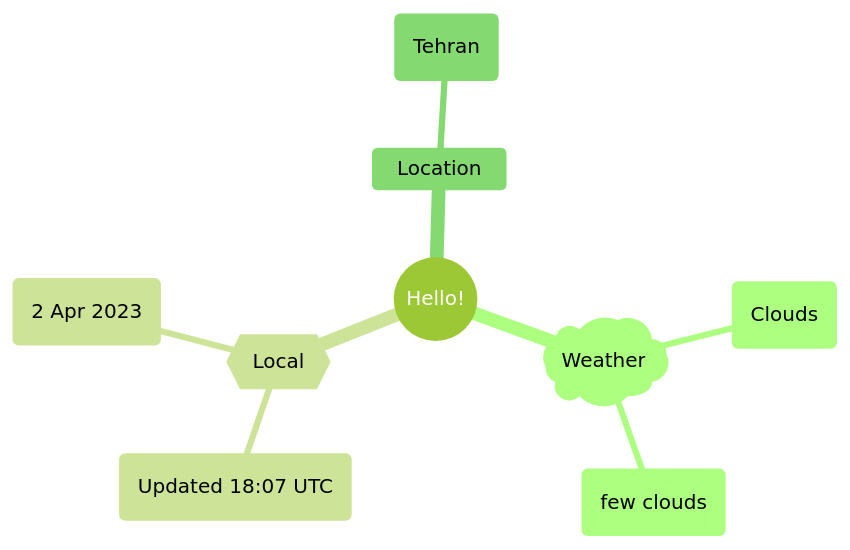
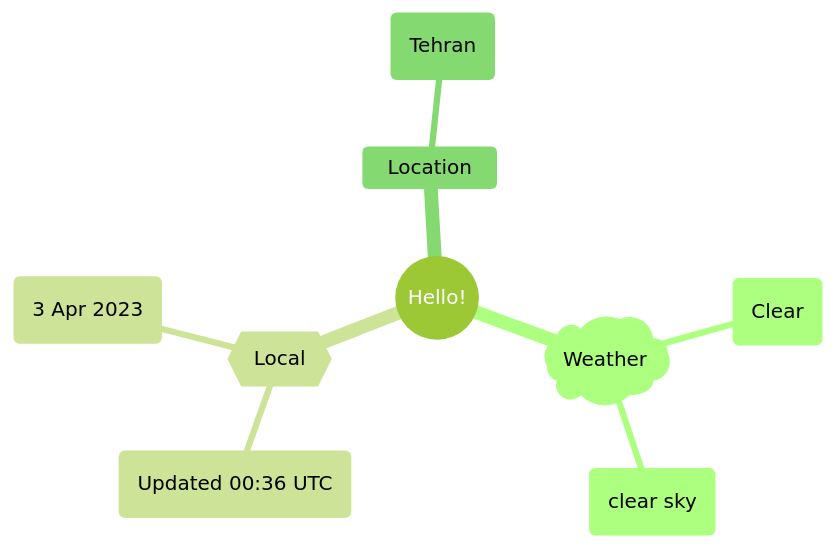
One commit to Xosrov/Xosrov changed the first of 2 diagrams in README.md. Above: the diagram before and after it, drawn with Mermaid (forest theme).

Commit message:
[bot] updated images

````diff
--- a/README.md
+++ b/README.md
@@ -3,12 +3,12 @@
 ```mermaid
 mindmap
   root((Hello!))
     )Weather(
-        (Clouds)
-        (few clouds)
+        (Clear)
+        (clear sky)
     {{Local}}
-        (Updated 18:07 UTC)
-        (2 Apr 2023)
+        (Updated 00:36 UTC)
+        (3 Apr 2023)
     Location
         (Tehran)
 ```
````
